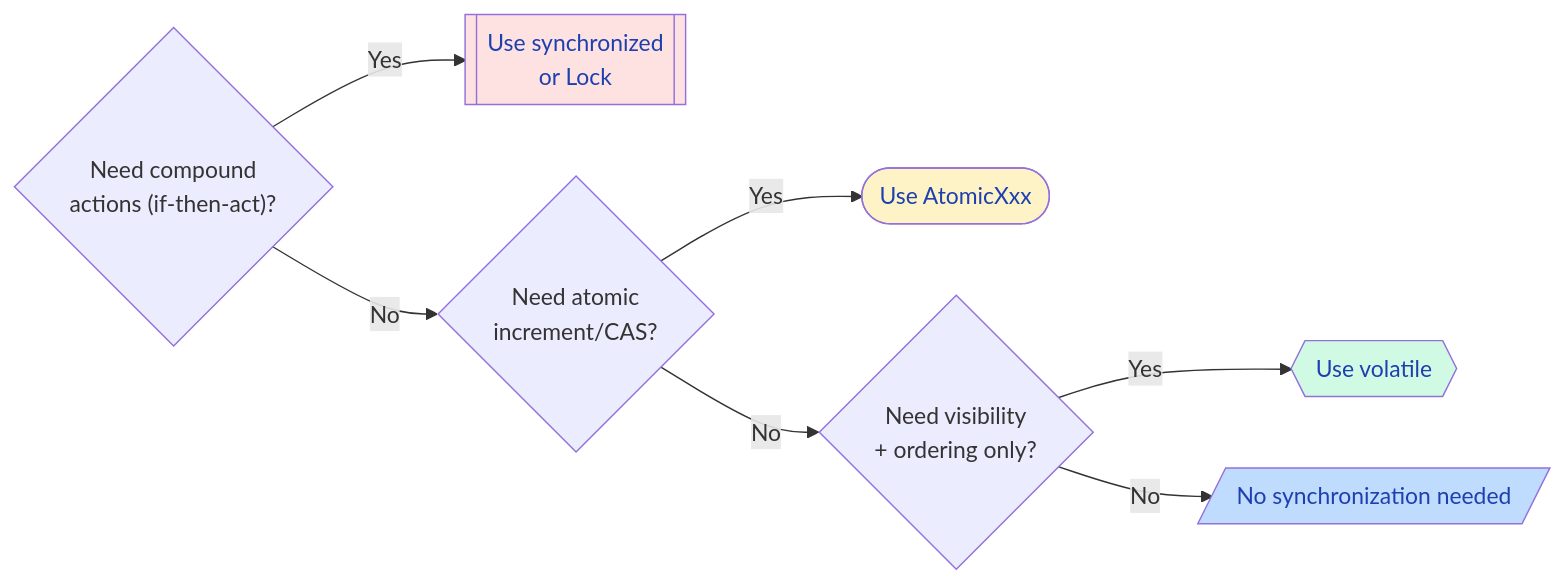
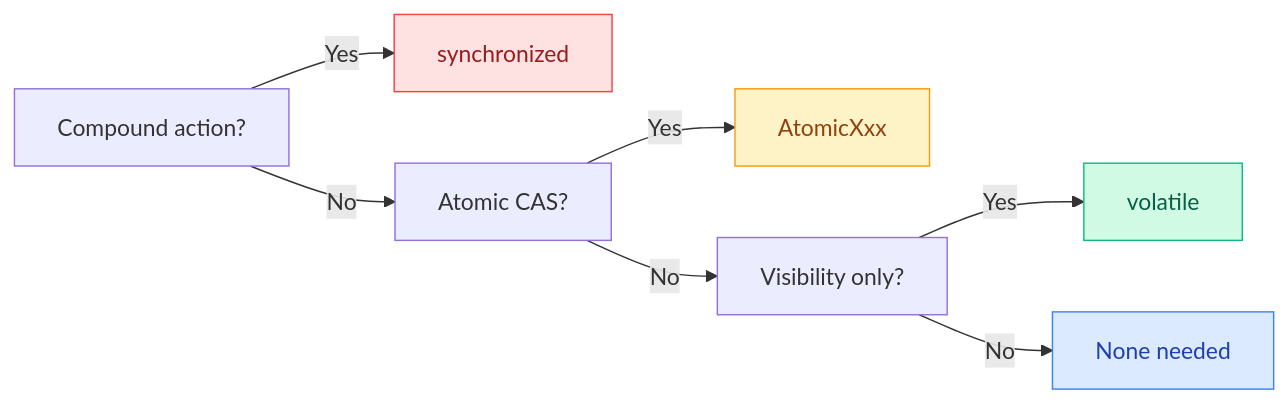
The seventh of 7 diagrams in docs/java/JavaMemoryModel.md (saivamsikaruturi/vamsilabs-dev-notes-main), drawn with Mermaid before and after one commit. The commit also changed other lines of this file and 3 other files, not shown here.

````diff
--- a/docs/java/JavaMemoryModel.md
+++ b/docs/java/JavaMemoryModel.md
@@ -388,15 +377,12 @@
 ```mermaid
 flowchart LR
-    Q1{"Need compound<br/>actions (if-then-act)?"}
-    Q1 -->|Yes| SYNC[["Use synchronized<br/>or Lock"]]
-    Q1 -->|No| Q2{"Need atomic<br/>increment/CAS?"}
-    Q2 -->|Yes| ATOMIC(["Use AtomicXxx"])
-    Q2 -->|No| Q3{"Need visibility<br/>+ ordering only?"}
-    Q3 -->|Yes| VOLATILE{{"Use volatile"}}
-    Q3 -->|No| NONE[/"No synchronization needed"/]
+    Q1["Compound action?"] -->|Yes| SYNC["synchronized"]:::sync
+    Q1 -->|No| Q2["Atomic CAS?"] -->|Yes| ATOMIC["AtomicXxx"]:::atomic
+    Q2 -->|No| Q3["Visibility only?"] -->|Yes| VOL["volatile"]:::vol
+    Q3 -->|No| NONE["None needed"]:::none
 
-    style SYNC fill:#FEE2E2,color:#1E40AF
-    style ATOMIC fill:#FEF3C7,color:#1E40AF
-    style VOLATILE fill:#D1FAE5,color:#1E40AF
-    style NONE fill:#BFDBFE,color:#1E40AF
+    classDef sync fill:#FEE2E2,stroke:#EF4444,color:#991B1B
+    classDef atomic fill:#FEF3C7,stroke:#F59E0B,color:#92400E
+    classDef vol fill:#D1FAE5,stroke:#10B981,color:#065F46
+    classDef none fill:#DBEAFE,stroke:#3B82F6,color:#1E40AF
 ```
````
